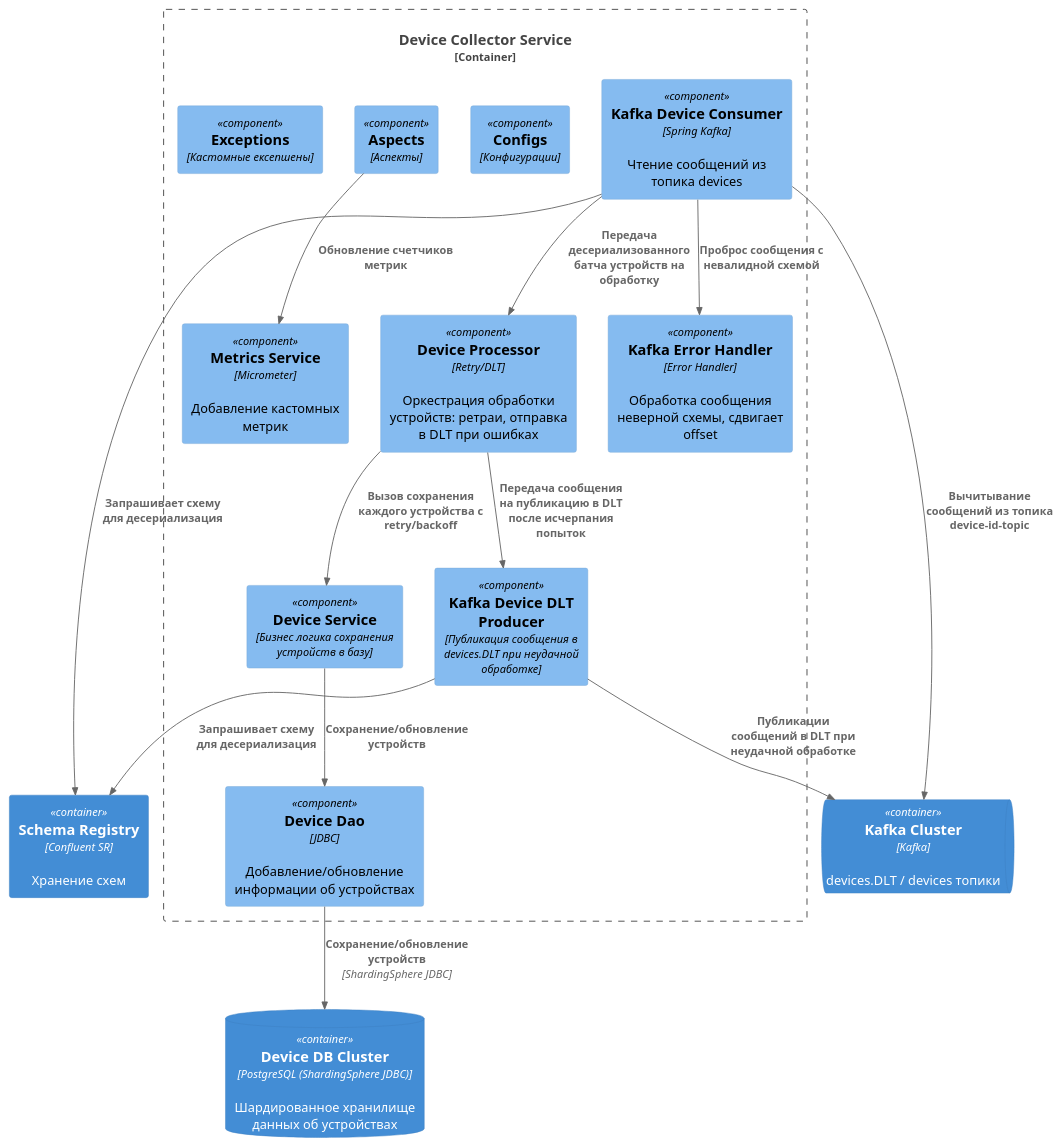
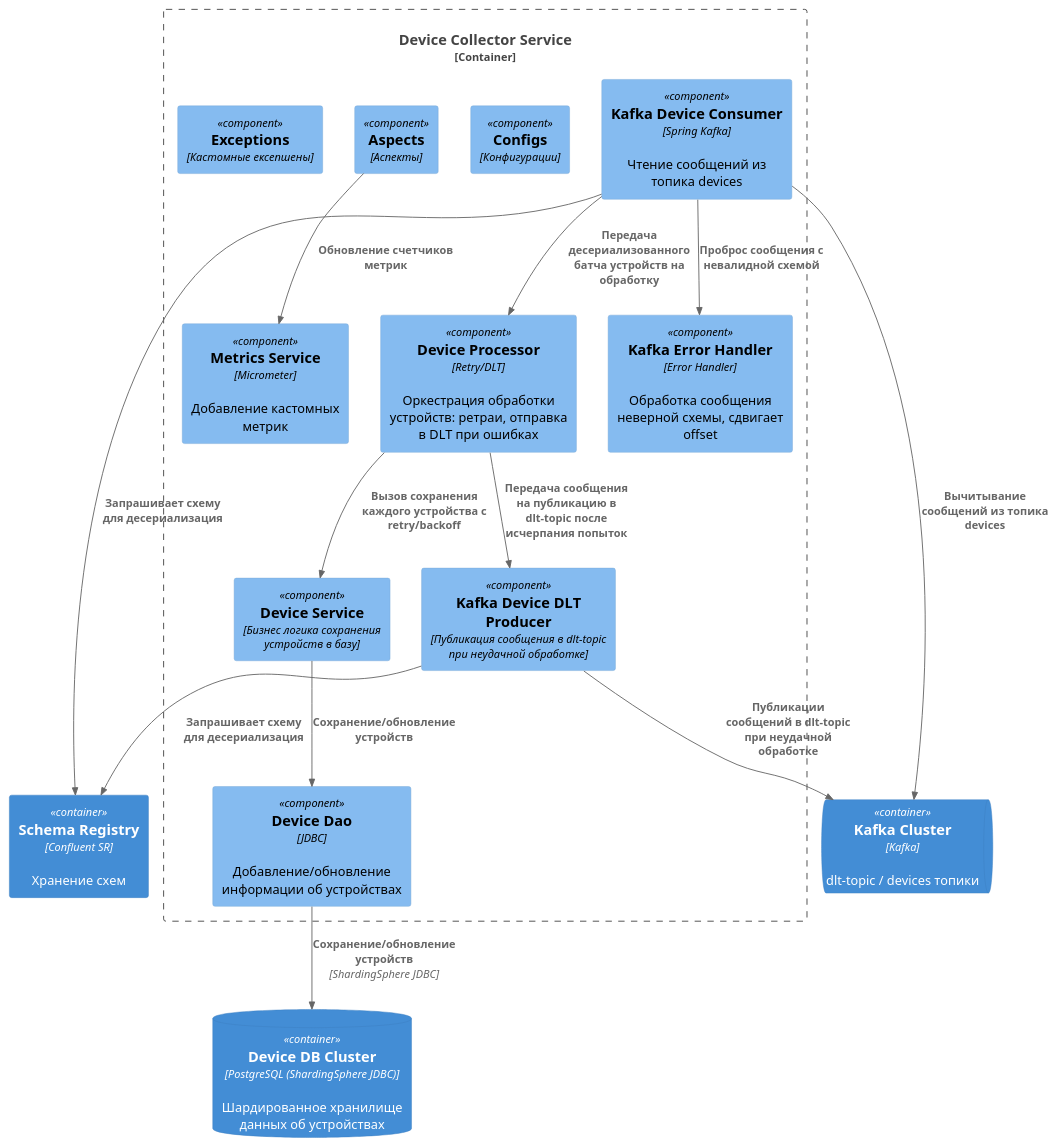
Before and after one commit to SinglePlayer56/iot: the diagram in device-collector/diagrams/component.puml, drawn with PlantUML. The commit also changed 8 other files, not shown here.

Commit message:
Add failed-events-processor diagrams. Update event-collector diagrams. Update device-collector digrams.

```diff
--- a/device-collector/diagrams/component.puml
+++ b/device-collector/diagrams/component.puml
@@ -1,34 +1,34 @@
 @startuml
 !includeurl https://raw.githubusercontent.com/plantuml-stdlib/C4-PlantUML/master/C4_Component.puml
 
 Container_Boundary(device_collector_service, "Device Collector Service") {
     Component(device_processor, "Device Processor", "Retry/DLT", "Оркестрация обработки устройств: ретраи, отправка в DLT при ошибках")
     Component(device_service, "Device Service", "Бизнес логика сохранения устройств в базу")
     Component(device_repo, "Device Dao", "JDBC", "Добавление/обновление информации об устройствах")
     Component(kafka_device_consumer, "Kafka Device Consumer", "Spring Kafka", "Чтение сообщений из топика devices")
     Component(metrics_service, "Metrics Service", "Micrometer", "Добавление кастомных метрик")
     Component(configs, "Configs", "Конфигурации")
     Component(aspects, "Aspects", "Аспекты")
     Component(exceptions, "Exceptions", "Кастомные ексепшены")
-    Component(kafka_device_dlt_producer, "Kafka Device DLT Producer", "Публикация сообщения в devices.DLT при неудачной обработке")
+    Component(kafka_device_dlt_producer, "Kafka Device DLT Producer", "Публикация сообщения в dlt-topic при неудачной обработке")
     Component(kafka_error_handler, "Kafka Error Handler", "Error Handler", "Обработка сообщения неверной схемы, сдвигает offset")
 
     Rel(aspects, metrics_service, "Обновление счетчиков метрик")
     Rel(device_service, device_repo, "Сохранение/обновление устройств")
     Rel(kafka_device_consumer, device_processor, "Передача десериализованного батча устройств на обработку")
     Rel(kafka_device_consumer, kafka_error_handler, "Проброс сообщения с невалидной схемой")
     Rel(device_processor, device_service, "Вызов сохранения каждого устройства с retry/backoff")
-    Rel(device_processor, kafka_device_dlt_producer, "Передача сообщения на публикацию в DLT после исчерпания попыток")
+    Rel(device_processor, kafka_device_dlt_producer, "Передача сообщения на публикацию в dlt-topic после исчерпания попыток")
 }
 
 ContainerDb(device_collector_data, "Device DB Cluster", "PostgreSQL (ShardingSphere JDBC)", "Шардированное хранилище данных об устройствах")
-ContainerQueue(kafka, "Kafka Cluster", "Kafka", "devices.DLT / devices топики")
+ContainerQueue(kafka, "Kafka Cluster", "Kafka", "dlt-topic / devices топики")
 Container(schema_registry, "Schema Registry", "Confluent SR", "Хранение схем")
 
 Rel(kafka_device_consumer, schema_registry, "Запрашивает схему для десериализация")
 Rel(kafka_device_dlt_producer, schema_registry, "Запрашивает схему для десериализация")
-Rel(kafka_device_consumer, kafka, "Вычитывание сообщений из топика device-id-topic")
-Rel(kafka_device_dlt_producer, kafka, "Публикации сообщений в DLT при неудачной обработке")
+Rel(kafka_device_consumer, kafka, "Вычитывание сообщений из топика devices")
+Rel(kafka_device_dlt_producer, kafka, "Публикации сообщений в dlt-topic при неудачной обработке")
 Rel(device_repo,device_collector_data, "Сохранение/обновление устройств", "ShardingSphere JDBC")
 
 @enduml
```
